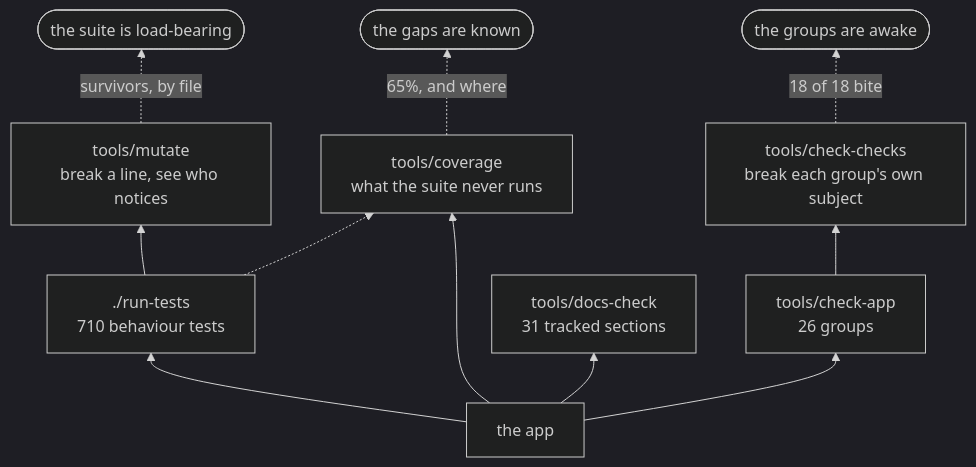
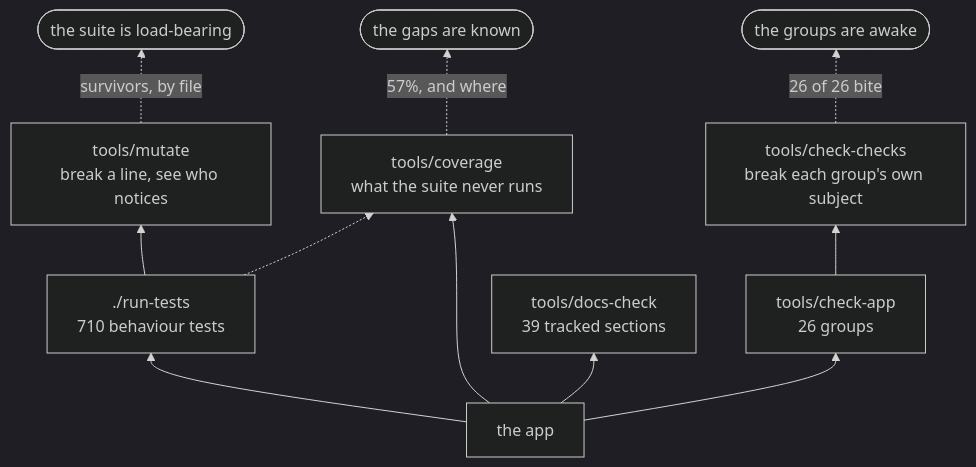
Before and after one commit to minormending/crystal-pilot-mobile: the second of 2 diagrams in docs/DEVELOPING.md, drawn with Mermaid (dark theme). The commit also changed other lines of this file and 1 other file, not shown here.

````diff
--- a/docs/DEVELOPING.md
+++ b/docs/DEVELOPING.md
@@ -127,13 +127,13 @@
 ```mermaid
 flowchart BT
     C["the app"] --> T["./run-tests<br/>710 behaviour tests"]
     C --> A["tools/check-app<br/>26 groups"]
-    C --> D["tools/docs-check<br/>31 tracked sections"]
+    C --> D["tools/docs-check<br/>39 tracked sections"]
     C --> V["tools/coverage<br/>what the suite never runs"]
     T --> M["tools/mutate<br/>break a line, see who notices"]
     A --> K["tools/check-checks<br/>break each group's own subject"]
     T -.-> V
     M -.->|"survivors, by file"| R(["the suite is load-bearing"])
-    K -.->|"18 of 18 bite"| R2(["the groups are awake"])
-    V -.->|"65%, and where"| R3(["the gaps are known"])
+    K -.->|"26 of 26 bite"| R2(["the groups are awake"])
+    V -.->|"57%, and where"| R3(["the gaps are known"])
 ```
````
